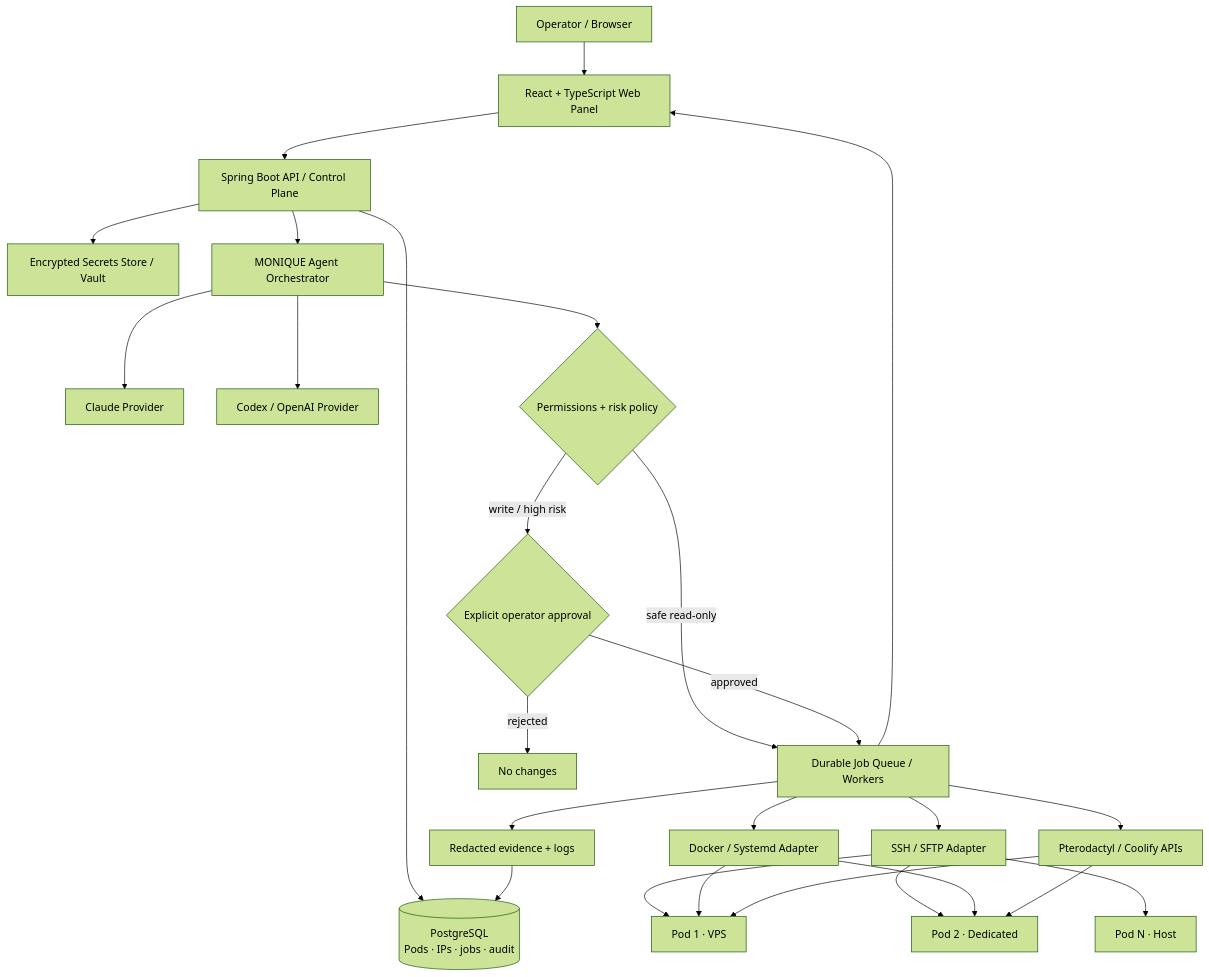
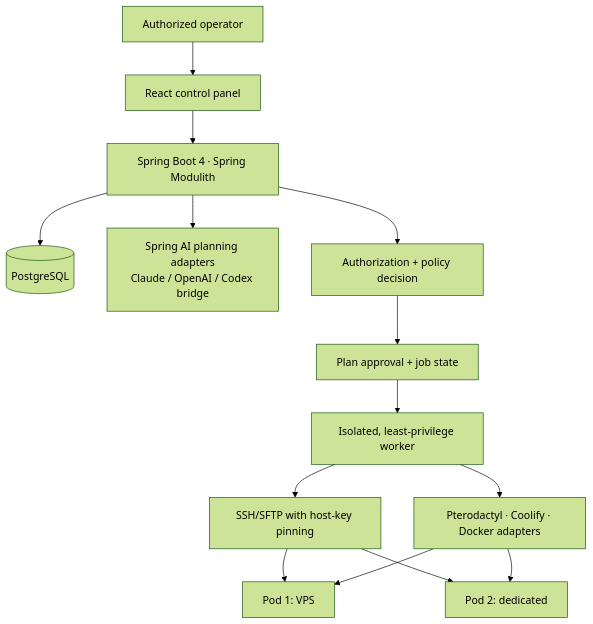
One commit to OreoStudios/MONIQUE-AI-Infrastructure-Server-Administrator changed the diagram in README.md. Above: the diagram before and after it, drawn with Mermaid (forest theme). The commit also changed other lines of this file and 4 other files, not shown here.

Commit message:
docs(architecture): establish Spring Boot/Modulith/AI platform and module boundaries

````diff
--- a/README.md
+++ b/README.md
@@ -25,28 +31,16 @@
 ```mermaid
 flowchart TB
-  Human["Operator / Browser"] --> UI["React + TypeScript Web Panel"]
-  UI --> API["Spring Boot API / Control Plane"]
-  API --> DB[("PostgreSQL<br/>Pods · IPs · jobs · audit")]
-  API --> Vault["Encrypted Secrets Store / Vault"]
-  API --> Agent["MONIQUE Agent Orchestrator"]
-  Agent --> Claude["Claude Provider"]
-  Agent --> Codex["Codex / OpenAI Provider"]
-  Agent --> Policy{"Permissions + risk policy"}
-  Policy -->|safe read-only| Jobs["Durable Job Queue / Workers"]
-  Policy -->|write / high risk| Approval{"Explicit operator approval"}
-  Approval -->|approved| Jobs
-  Approval -->|rejected| Stop["No changes"]
-  Jobs --> SSH["SSH / SFTP Adapter"]
-  Jobs --> Docker["Docker / Systemd Adapter"]
-  Jobs --> Apps["Pterodactyl / Coolify APIs"]
-  SSH --> P1["Pod 1 · VPS"]
-  SSH --> P2["Pod 2 · Dedicated"]
-  SSH --> PN["Pod N · Host"]
-  Docker --> P1
-  Docker --> P2
-  Apps --> P1
-  Apps --> P2
-  Jobs --> Audit["Redacted evidence + logs"]
-  Audit --> DB
-  Jobs --> UI
+  Human["Authorized operator"] --> Web["React control panel"]
+  Web --> Core["Spring Boot 4 · Spring Modulith"]
+  Core --> Data[("PostgreSQL")]
+  Core --> AI["Spring AI planning adapters<br/>Claude / OpenAI / Codex bridge"]
+  Core --> Policy["Authorization + policy decision"]
+  Policy --> Approval["Plan approval + job state"]
+  Approval --> Worker["Isolated, least-privilege worker"]
+  Worker --> SSH["SSH/SFTP with host-key pinning"]
+  Worker --> APIs["Pterodactyl · Coolify · Docker adapters"]
+  SSH --> Pod1["Pod 1: VPS"]
+  SSH --> Pod2["Pod 2: dedicated"]
+  APIs --> Pod1
+  APIs --> Pod2
 ```
````
